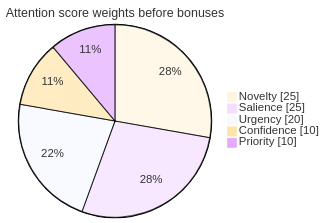
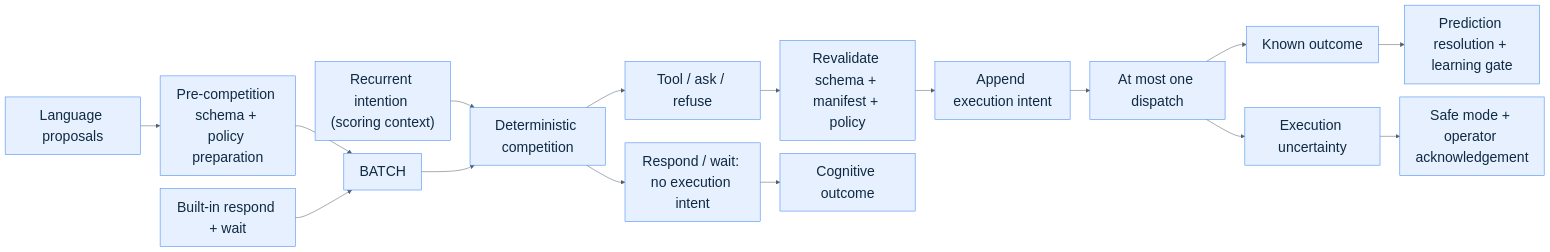
Before and after one commit to Libertai/conscio: the third of 4 diagrams in docs/paper.md, drawn with Mermaid. The commit also changed other lines of this file and 12 other files, not shown here.

````diff
--- a/docs/paper.md
+++ b/docs/paper.md
@@ -360,10 +495,19 @@
 ```mermaid
-%%{init: {"theme": "base", "themeVariables": {"fontFamily": "Inter, Arial, sans-serif", "fontSize": "24px", "pieTitleTextSize": "24px", "pieSectionTextSize": "22px", "pieLegendTextSize": "22px"}}}%%
-pie showData
-    title Attention score weights before bonuses
-    "Novelty" : 25
-    "Salience" : 25
-    "Urgency" : 20
-    "Confidence" : 10
-    "Priority" : 10
+%%{init: {"theme": "base", "themeVariables": {"fontFamily": "Inter, Arial, sans-serif", "fontSize": "27px", "primaryColor": "#e6f0ff", "primaryBorderColor": "#3b82f6", "primaryTextColor": "#102a43", "lineColor": "#52606d"}, "flowchart": {"htmlLabels": false, "nodeSpacing": 25, "rankSpacing": 38, "curve": "basis"}}}%%
+flowchart LR
+    PLAN["Recurrent intention (scoring context)"] --> SCORE
+    LANGUAGE["Language proposals"] --> PREP["Pre-competition schema + policy preparation"]
+    PREP --> BATCH
+    BUILTIN["Built-in respond + wait"] --> BATCH
+    BATCH --> SCORE["Deterministic competition"]
+    SCORE --> INTERNAL["Respond / wait: no execution intent"]
+    SCORE --> EXTERNAL["Tool / ask / refuse"]
+    EXTERNAL --> VALIDATE["Revalidate schema + manifest + policy"]
+    VALIDATE --> INTENT["Append execution intent"]
+    INTENT --> DISPATCH["At most one dispatch"]
+    DISPATCH --> KNOWN["Known outcome"]
+    DISPATCH --> UNKNOWN["Execution uncertainty"]
+    KNOWN --> LEARN["Prediction resolution + learning gate"]
+    UNKNOWN --> SAFE["Safe mode + operator acknowledgement"]
+    INTERNAL --> COGNITIVE["Cognitive outcome"]
 ```
````
